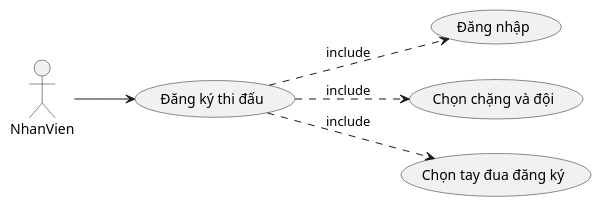
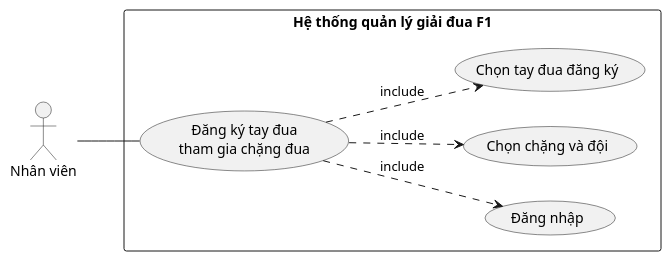
One commit to 7gho/CNPM-He2026 changed the first of 6 diagrams in Module 2 - Kin/noi-dung.md. Above: the diagram before and after it, drawn with PlantUML. The commit also changed other lines of this file and 53 other files, not shown here.

````diff
--- a/Module 2 - Kin/noi-dung.md
+++ b/Module 2 - Kin/noi-dung.md
@@ -29,14 +48,20 @@
 ```plantuml
 @startuml
 left to right direction
-actor NhanVien
-usecase "Đăng ký thi đấu" as UC
-usecase "Đăng nhập" as DN
-usecase "Chọn chặng và đội" as CD
-usecase "Chọn tay đua đăng ký" as CT
-NhanVien --> UC
-UC ..> DN : include
-UC ..> CD : include
-UC ..> CT : include
+
+actor "Nhân viên" as NV
+
+rectangle "Hệ thống quản lý giải đua F1" {
+  usecase "Đăng ký tay đua\ntham gia chặng đua" as UC
+  usecase "Đăng nhập" as UC0
+  usecase "Chọn chặng và đội" as UC1
+  usecase "Chọn tay đua đăng ký" as UC2
+
+  UC ..> UC0 : include
+  UC ..> UC1 : include
+  UC ..> UC2 : include
+}
+
+NV -- UC
 @enduml
 ```
````
